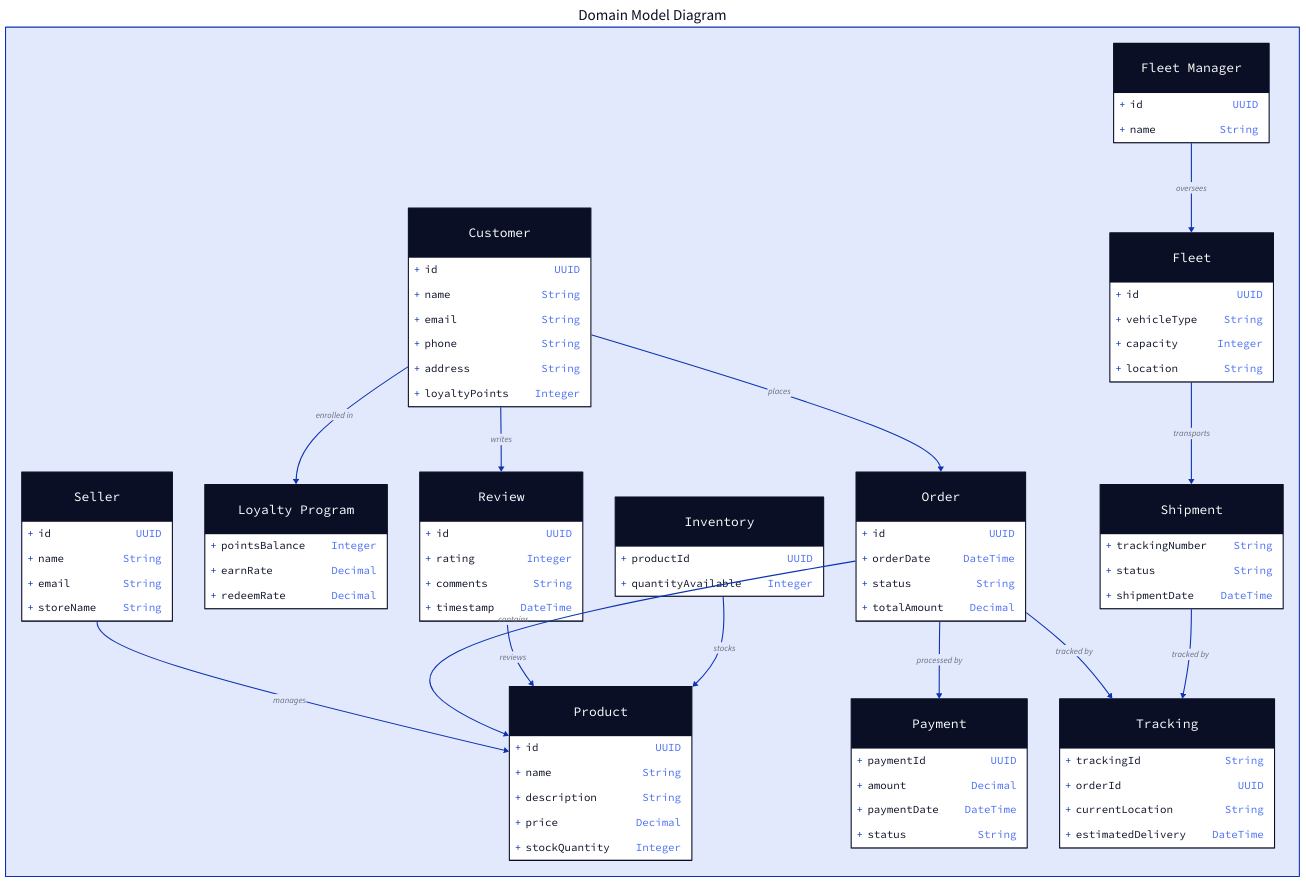
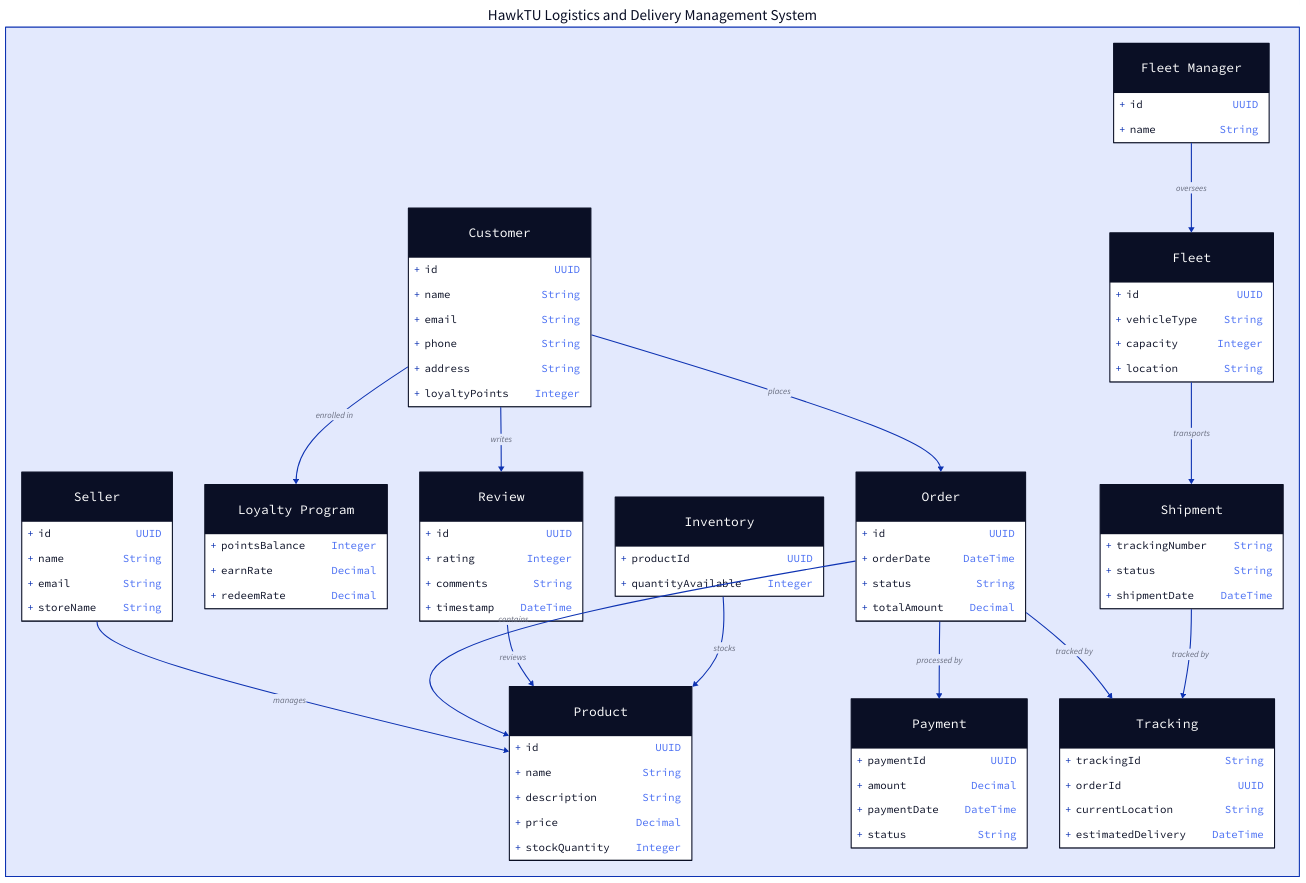
The diagram in documentation/diagrams/domain-model.d2 (Arqamz/hawktu-logistics), drawn with D2 before and after one commit.

Commit message:
Update domain-model

```diff
--- a/documentation/diagrams/domain-model.d2
+++ b/documentation/diagrams/domain-model.d2
@@ -1,157 +1,156 @@
 Domain Model Diagram: {
+  label: "HawkTU Logistics and Delivery Management System"
 
-    Customer: Customer {
+  Customer: Customer {
     shape: class
     +id: UUID
     +name: String
     +email: String
     +phone: String
     +address: String
     +loyaltyPoints: Integer
-    }
+  }
 
-    Product: Product {
+  Product: Product {
     shape: class
     +id: UUID
     +name: String
     +description: String
     +price: Decimal
     +stockQuantity: Integer
-    }
+  }
 
-    Order: Order {
+  Order: Order {
     shape: class
     +id: UUID
     +orderDate: DateTime
     +status: String
     +totalAmount: Decimal
-    }
+  }
 
-    LoyaltyProgram: Loyalty Program {
+  LoyaltyProgram: Loyalty Program {
     shape: class
     +pointsBalance: Integer
     +earnRate: Decimal
     +redeemRate: Decimal
-    }
+  }
 
-    Review: Review {
+  Review: Review {
     shape: class
     +id: UUID
     +rating: Integer
     +comments: String
     +timestamp: DateTime
-    }
+  }
 
-    Inventory: Inventory {
+  Inventory: Inventory {
     shape: class
     +productId: UUID
     +quantityAvailable: Integer
-    }
+  }
 
-    Seller: Seller {
-        shape: class
-        +id: UUID
-        +name: String
-        +email: String
-        +storeName: String
-    }
+  Seller: Seller {
+    shape: class
+    +id: UUID
+    +name: String
+    +email: String
+    +storeName: String
+  }
 
-    Fleet: Fleet {
+  Fleet: Fleet {
     shape: class
     +id: UUID
     +vehicleType: String
     +capacity: Integer
     +location: String
-    }
+  }
 
-    Shipment: Shipment {
+  Shipment: Shipment {
     shape: class
     +trackingNumber: String
     +status: String
     +shipmentDate: DateTime
-    }
+  }
 
-    Payment: Payment {
+  Payment: Payment {
     shape: class
     +paymentId: UUID
     +amount: Decimal
     +paymentDate: DateTime
     +status: String
-    }
+  }
 
-    Tracking: Tracking {
+  Tracking: Tracking {
     shape: class
     +trackingId: String
     +orderId: UUID
     +currentLocation: String
     +estimatedDelivery: DateTime
-    }
+  }
 
-    FleetManager: Fleet Manager {
+  FleetManager: Fleet Manager {
     shape: class
     +id: UUID
     +name: String
-    }
+  }
 
-
-    Customer -> Order: places {
+  Customer -> Order: places {
     # source-arrowhead: 1
     # target-arrowhead: *
-    }
+  }
 
-    Customer -> LoyaltyProgram: enrolled in {
+  Customer -> LoyaltyProgram: enrolled in {
     # source-arrowhead: 1
     # target-arrowhead: 1
-    }
+  }
 
-    Customer -> Review: writes {
+  Customer -> Review: writes {
     # source-arrowhead: 1
     # target-arrowhead: *
-    }
+  }
 
-    Seller -> Product: manages {
+  Seller -> Product: manages {
     # source-arrowhead: 1
     # target-arrowhead: *
-    }
+  }
 
-    Order -> Product: contains {
+  Order -> Product: contains {
     # source-arrowhead: 1
     # target-arrowhead: *
-    }
+  }
 
-    Order -> Payment: processed by {
+  Order -> Payment: processed by {
     # source-arrowhead: 1
     # target-arrowhead: 1
-    }
+  }
 
-    Order -> Tracking: tracked by {
+  Order -> Tracking: tracked by {
     # source-arrowhead: 1
     # target-arrowhead: 1
-    }
+  }
 
-    Review -> Product: reviews {
+  Review -> Product: reviews {
     # source-arrowhead: *
     # target-arrowhead: 1
-    }
+  }
 
-    Inventory -> Product: stocks {
+  Inventory -> Product: stocks {
     # source-arrowhead: *
     # target-arrowhead: 1
-    }
+  }
 
-    Fleet -> Shipment: transports {
+  Fleet -> Shipment: transports {
     # source-arrowhead: *
     # target-arrowhead: 1
-    }
+  }
 
-    FleetManager -> Fleet: oversees {
+  FleetManager -> Fleet: oversees {
     # source-arrowhead: 1
     # target-arrowhead: *
-    }
+  }
 
-    Shipment -> Tracking: tracked by {
+  Shipment -> Tracking: tracked by {
     # source-arrowhead: 1
     # target-arrowhead: 1
-    }
-
+  }
 }
```
